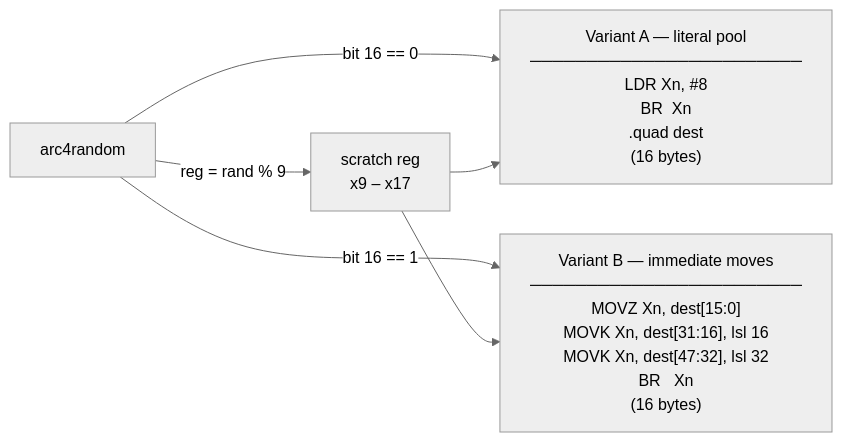
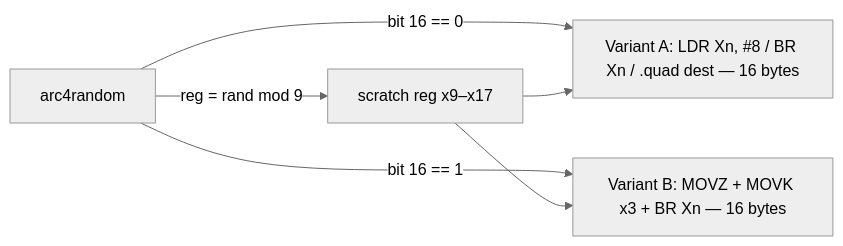
One commit to Batchhh/libspecter changed the fifth of 20 diagrams in docs/architecture.md. Above: the diagram before and after it, drawn with Mermaid (neutral theme). The commit also changed other lines of this file and 7 other files, not shown here.

````diff
--- a/docs/architecture.md
+++ b/docs/architecture.md
@@ -153,12 +153,12 @@
 ```mermaid
 flowchart LR
-    arc4random -->|"bit 16 == 0"| VariantA
-    arc4random -->|"bit 16 == 1"| VariantB
-    arc4random -->|"reg = rand % 9"| Reg["scratch reg<br/>x9 – x17"]
+    arc4random -->|bit 16 == 0| VariantA
+    arc4random -->|bit 16 == 1| VariantB
+    arc4random -->|reg = rand mod 9| Reg[scratch reg x9–x17]
 
-    VariantA["Variant A — literal pool<br/>────────────────────────<br/>LDR Xn, #8<br/>BR  Xn<br/>.quad dest<br/>(16 bytes)"]
-    VariantB["Variant B — immediate moves<br/>────────────────────────<br/>MOVZ Xn, dest[15:0]<br/>MOVK Xn, dest[31:16], lsl 16<br/>MOVK Xn, dest[47:32], lsl 32<br/>BR   Xn<br/>(16 bytes)"]
+    VariantA[Variant A: LDR Xn, #8 / BR Xn / .quad dest — 16 bytes]
+    VariantB[Variant B: MOVZ + MOVK x3 + BR Xn — 16 bytes]
 
     Reg --> VariantA
     Reg --> VariantB
 ```
````
